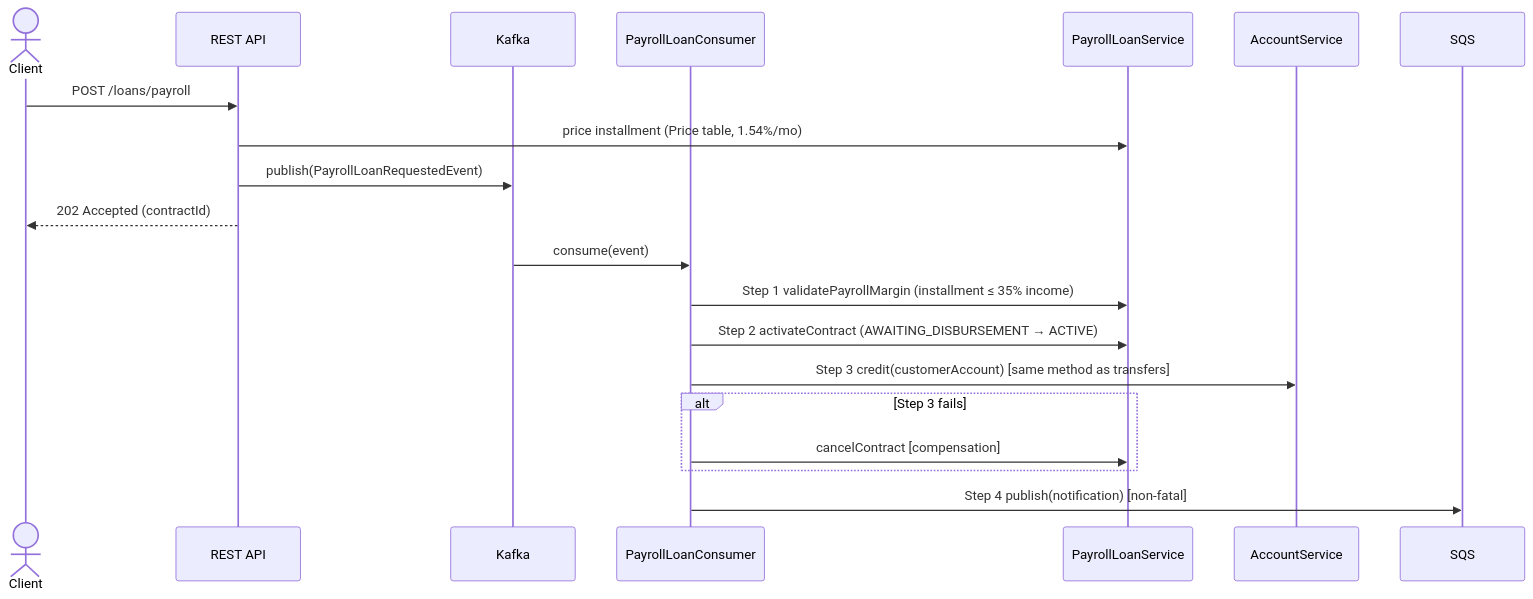
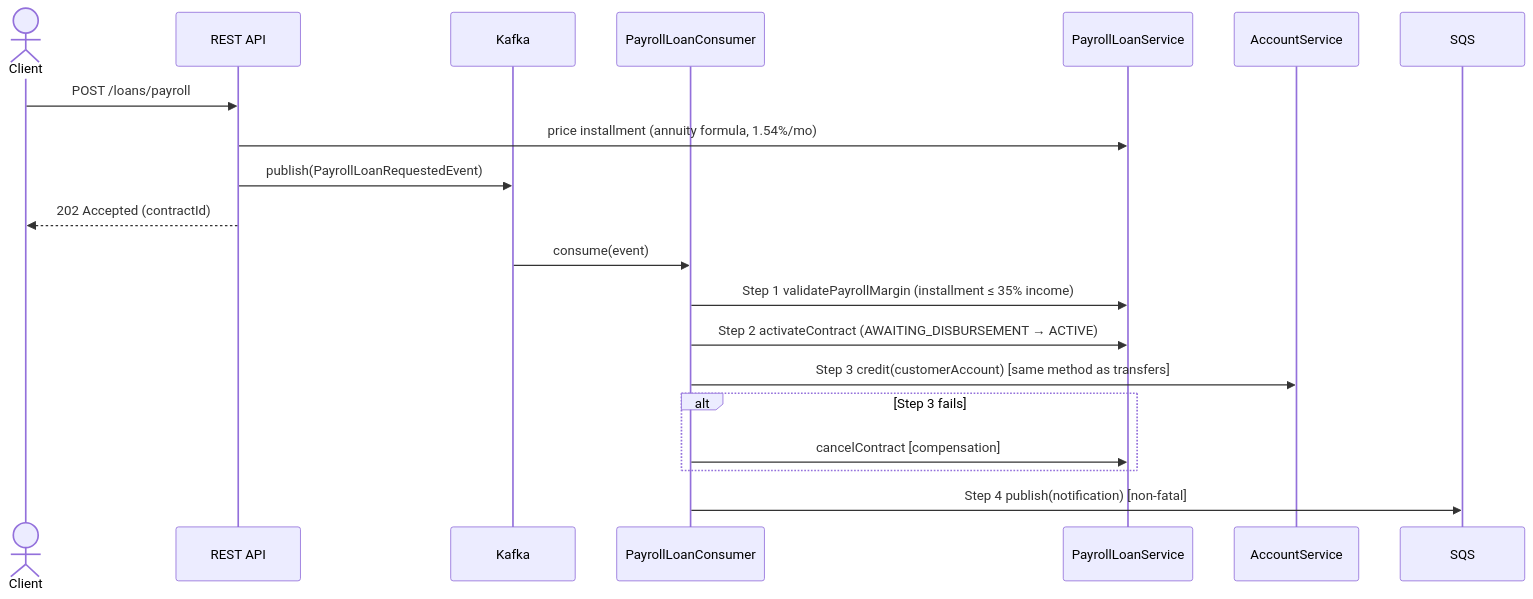
The third of 3 diagrams in docs/architecture.md (projectsupwork/banking-saga-poc), drawn with Mermaid before and after one commit. The commit also changed other lines of this file and 4 other files, not shown here.

````diff
--- a/docs/architecture.md
+++ b/docs/architecture.md
@@ -78,23 +78,23 @@
 ```mermaid
 sequenceDiagram
     actor Client
     participant API as REST API
     participant Kafka
     participant Consumer as PayrollLoanConsumer
     participant Loan as PayrollLoanService
     participant Acc as AccountService
     participant SQS
 
     Client->>API: POST /loans/payroll
-    API->>Loan: price installment (Price table, 1.54%/mo)
+    API->>Loan: price installment (annuity formula, 1.54%/mo)
     API->>Kafka: publish(PayrollLoanRequestedEvent)
     API-->>Client: 202 Accepted (contractId)
     Kafka->>Consumer: consume(event)
     Consumer->>Loan: Step 1 validatePayrollMargin (installment ≤ 35% income)
     Consumer->>Loan: Step 2 activateContract (AWAITING_DISBURSEMENT → ACTIVE)
     Consumer->>Acc: Step 3 credit(customerAccount)  [same method as transfers]
     alt Step 3 fails
         Consumer->>Loan: cancelContract  [compensation]
     end
     Consumer->>SQS: Step 4 publish(notification)  [non-fatal]
 ```
````
